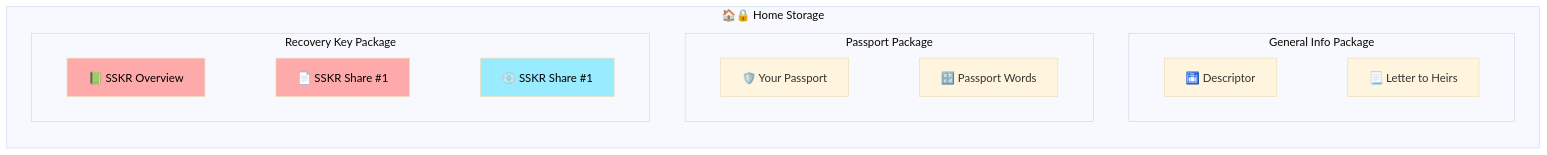
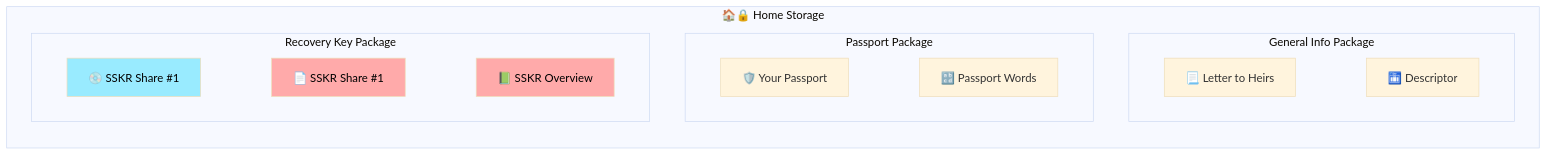
The fourth of 55 diagrams in Docs/Scenario-Multisig.md (BlockchainCommons/SmartCustody), drawn with Mermaid (base theme) before and after one commit. The commit also changed other lines of this file, not shown here.

````diff
--- a/Docs/Scenario-Multisig.md
+++ b/Docs/Scenario-Multisig.md
@@ -176,31 +179,31 @@
 ```mermaid
     graph BT
     linkStyle default stroke-width: 0px
 
     subgraph homestorage["🏠🔒 Home Storage"]
 
       subgraph "General Info Package"
       B6["🛅 Descriptor"]
       B7["📃 Letter to Heirs"]
-      B6---B7
+      B7---B6
       end
 
       subgraph "Passport Package"
       B4["🛡️ Your Passport"]
       B5["🔡 Passport Words"]
       B4---B5
       end
 
       subgraph "Recovery Key Package"
       B1["📗 SSKR Overview"]
       B2["📄 SSKR Share #1"]
       B3["💿 SSKR Share #1"]
-      B1---B2---B3
+      B3---B2---B1
       end
 
       style B1 color:#000,fill:#ffaaaa;
       style B2 color:#000,fill:#ffaaaa;
       style B3 color:#000,fill:#99ebff;
 
     end
 ```
````
